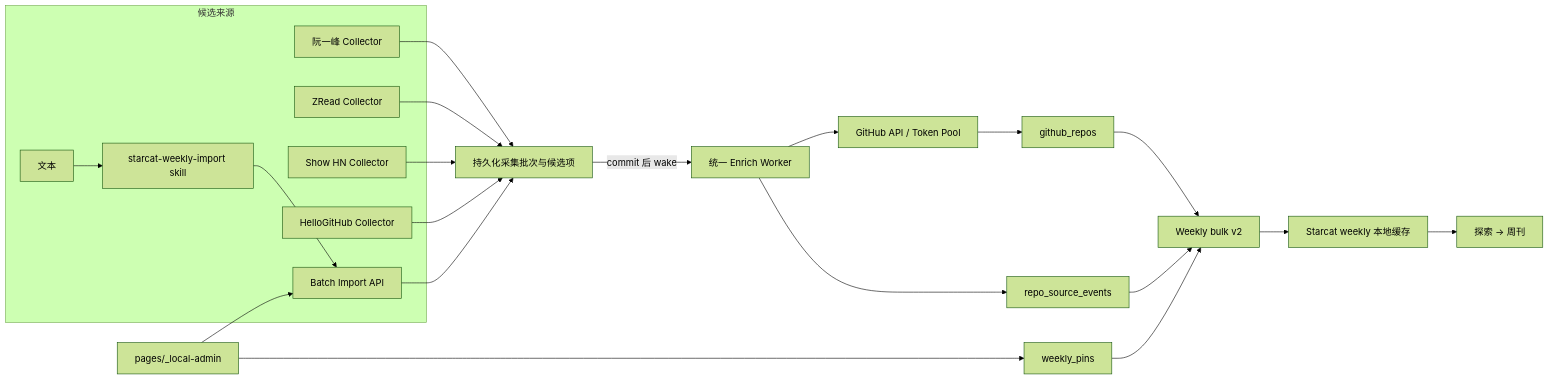
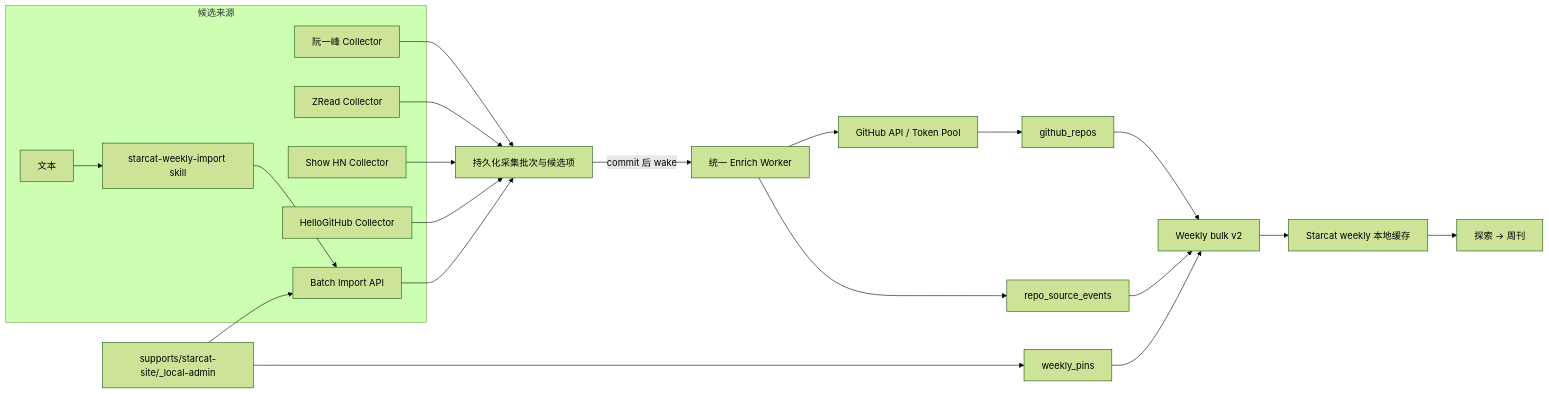
The first of 2 diagrams in docs/2-产品/需求讨论/正式方案/Weekly多来源扩展与AI情报采集正式方案.md (starcat-app/Starcat), drawn with Mermaid (forest theme) before and after one commit. The commit also changed other lines of this file and 39 other files, not shown here.

````diff
--- a/docs/2-产品/需求讨论/正式方案/Weekly多来源扩展与AI情报采集正式方案.md
+++ b/docs/2-产品/需求讨论/正式方案/Weekly多来源扩展与AI情报采集正式方案.md
@@ -92,28 +92,28 @@
 ```mermaid
 flowchart LR
     subgraph Inputs["候选来源"]
         W["阮一峰 Collector"]
         Z["ZRead Collector"]
         HN["Show HN Collector"]
         HG["HelloGitHub Collector"]
         TXT["文本"] --> SK["starcat-weekly-import skill"]
         SK --> API["Batch Import API"]
     end
 
     W --> Q["持久化采集批次与候选项"]
     Z --> Q
     HN --> Q
     HG --> Q
     API --> Q
     Q -->|"commit 后 wake"| WORKER["统一 Enrich Worker"]
     WORKER --> GH["GitHub API / Token Pool"]
     GH --> REPO["github_repos"]
     WORKER --> EVENT["repo_source_events"]
     REPO --> BULK["Weekly bulk v2"]
     EVENT --> BULK
     PIN["weekly_pins"] --> BULK
     BULK --> CACHE["Starcat weekly 本地缓存"]
     CACHE --> UI["探索 → 周刊"]
-    ADMIN["pages/_local-admin"] --> API
+    ADMIN["supports/starcat-site/_local-admin"] --> API
     ADMIN --> PIN
 ```
````
